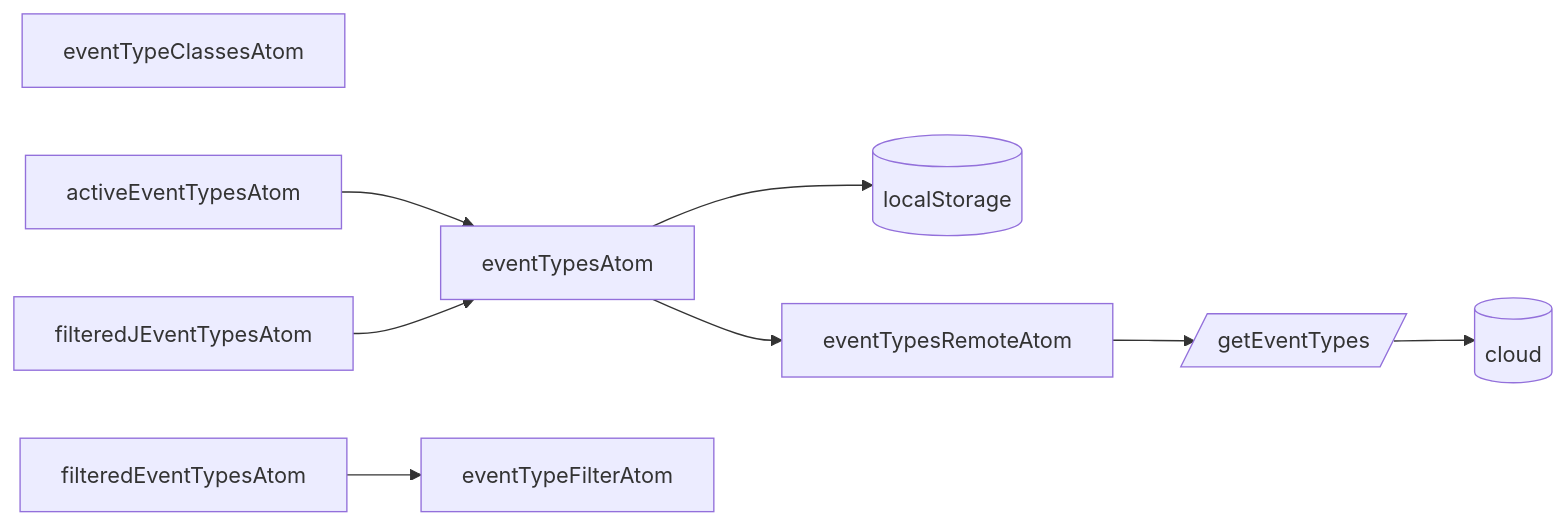
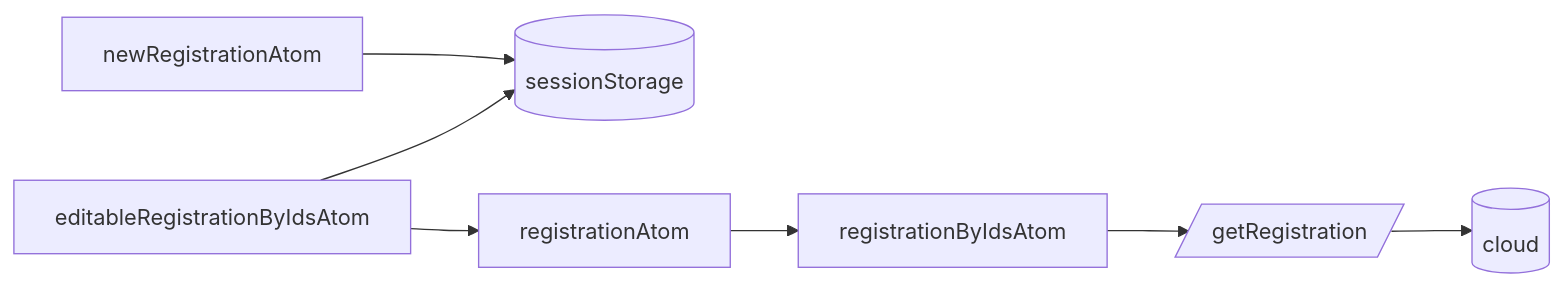
The fifth of 7 diagrams in src/pages/state/README.md (koekalenteri/koekalenteri), drawn with Mermaid before and after one commit. The commit also changed other lines of this file and 1 other file, not shown here.

First line of the commit message:
docs(state): document every state atom in the state READMEs

````diff
--- a/src/pages/state/README.md
+++ b/src/pages/state/README.md
@@ -35,15 +90,14 @@
 ```mermaid
 graph LR
-  eventTypesAtom-->localStorage
-  eventTypesAtom-->eventTypesRemoteAtom
-  eventTypeClassesAtom
-  eventTypeFilterAtom
+  newRegistrationAtom-->sessionStorage
+  registrationByIdsAtom-->getRegistration[/getRegistration/]-->aws
 
-  localStorage[(localStorage)]
-  eventTypesRemoteAtom-->getEventTypes[/getEventTypes/]-->aws[(cloud)]
+  sessionStorage[(sessionStorage)]
 
-  activeEventTypesAtom-->eventTypesAtom
+  registrationAtom-->registrationByIdsAtom
 
-  filteredEventTypesAtom-->eventTypeFilterAtom
-  filteredJEventTypesAtom-->eventTypesAtom
+  editableRegistrationByIdsAtom-->sessionStorage
+  editableRegistrationByIdsAtom-->registrationAtom
+
+  aws[(cloud)]
 ```
````
